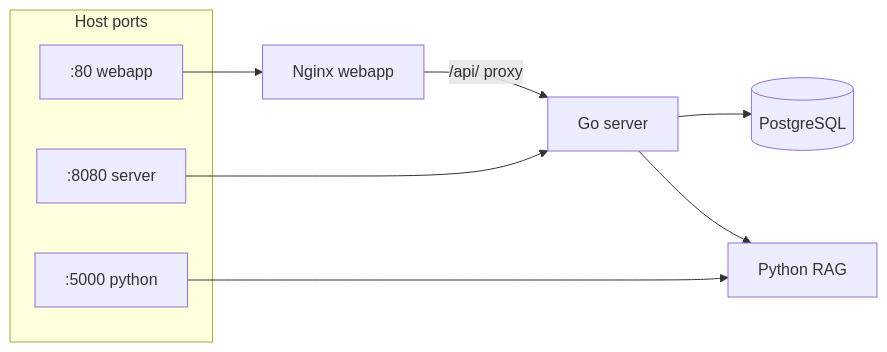
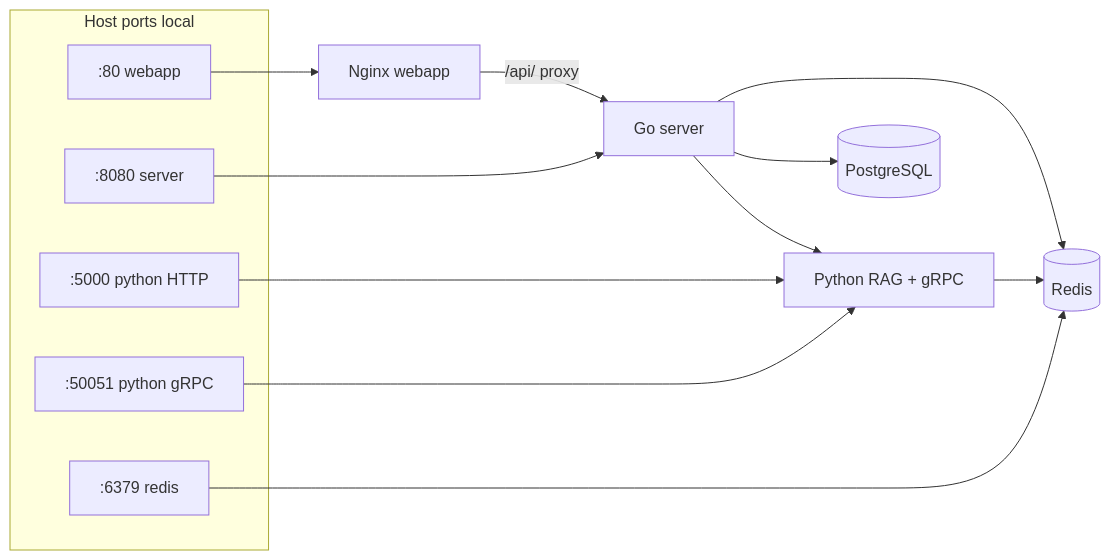
Before and after one commit to kantik001/grounded-llm: the diagram in docs/en/knowledge-base/docker-overview.md, drawn with Mermaid. The commit also changed other lines of this file and 27 other files, not shown here.

````diff
--- a/docs/en/knowledge-base/docker-overview.md
+++ b/docs/en/knowledge-base/docker-overview.md
@@ -10,19 +10,26 @@
 ```mermaid
 flowchart LR
-    subgraph host [Host ports]
+    subgraph host [Host ports local]
         P80[":80 webapp"]
         P8080[":8080 server"]
-        P5000[":5000 python"]
+        P5000[":5000 python HTTP"]
+        P50051[":50051 python gRPC"]
+        P6379[":6379 redis"]
     end
     webapp[Nginx webapp]
     server[Go server]
-    python[Python RAG]
+    python[Python RAG + gRPC]
+    redis[(Redis)]
     db[(PostgreSQL)]
 
     P80 --> webapp
     webapp -->|/api/ proxy| server
     P8080 --> server
     server --> db
     server --> python
+    server --> redis
+    python --> redis
     P5000 --> python
+    P50051 --> python
+    P6379 --> redis
 ```
````
